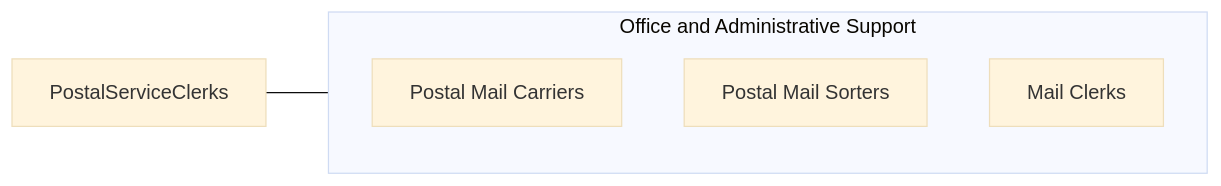
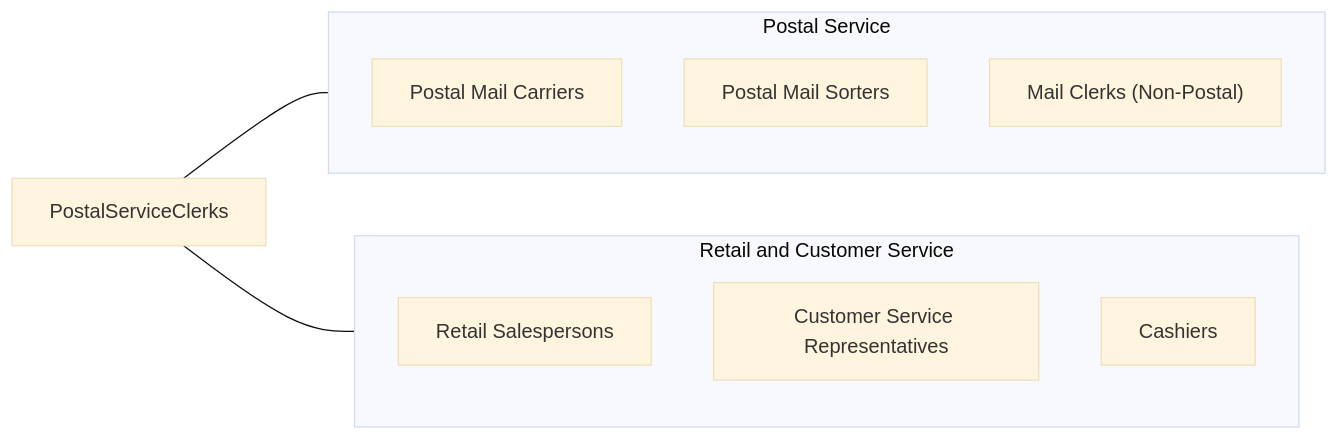
The fourth of 4 diagrams in occupations/Administrative/PostalServiceClerks.mdx (kziemski/business.org.ai), drawn with Mermaid (base theme) before and after one commit. The commit also changed other lines of this file and 19 other files, not shown here.

````diff
--- a/occupations/Administrative/PostalServiceClerks.mdx
+++ b/occupations/Administrative/PostalServiceClerks.mdx
@@ -101,10 +298,19 @@
 ```mermaid
 graph LR
     Current["PostalServiceClerks"]
-    subgraph SameCategory["Office and Administrative Support"]
+
+    subgraph SameCategory["Postal Service"]
         RMailCarriers["Postal Mail Carriers"]
         RMailSorters["Postal Mail Sorters"]
-        RMailClerks["Mail Clerks"]
+        RMailClerks["Mail Clerks (Non-Postal)"]
     end
+
+    subgraph CrossFunctional["Retail and Customer Service"]
+        RRetailSales["Retail Salespersons"]
+        RCustomerService["Customer Service Representatives"]
+        RCashiers["Cashiers"]
+    end
+
     Current --- SameCategory
+    Current --- CrossFunctional
 ```
````
